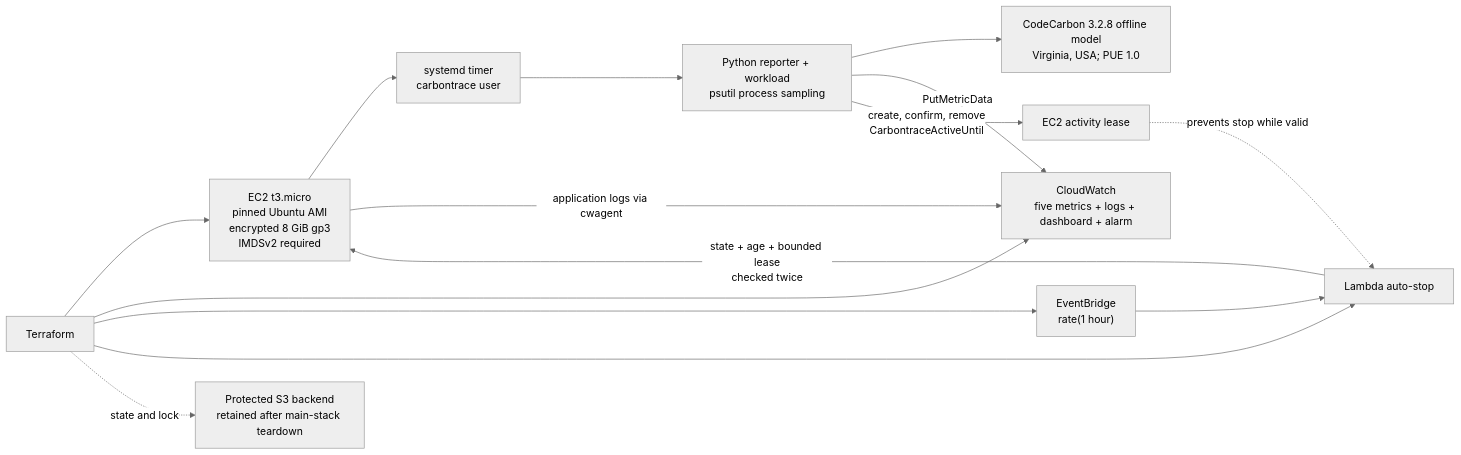
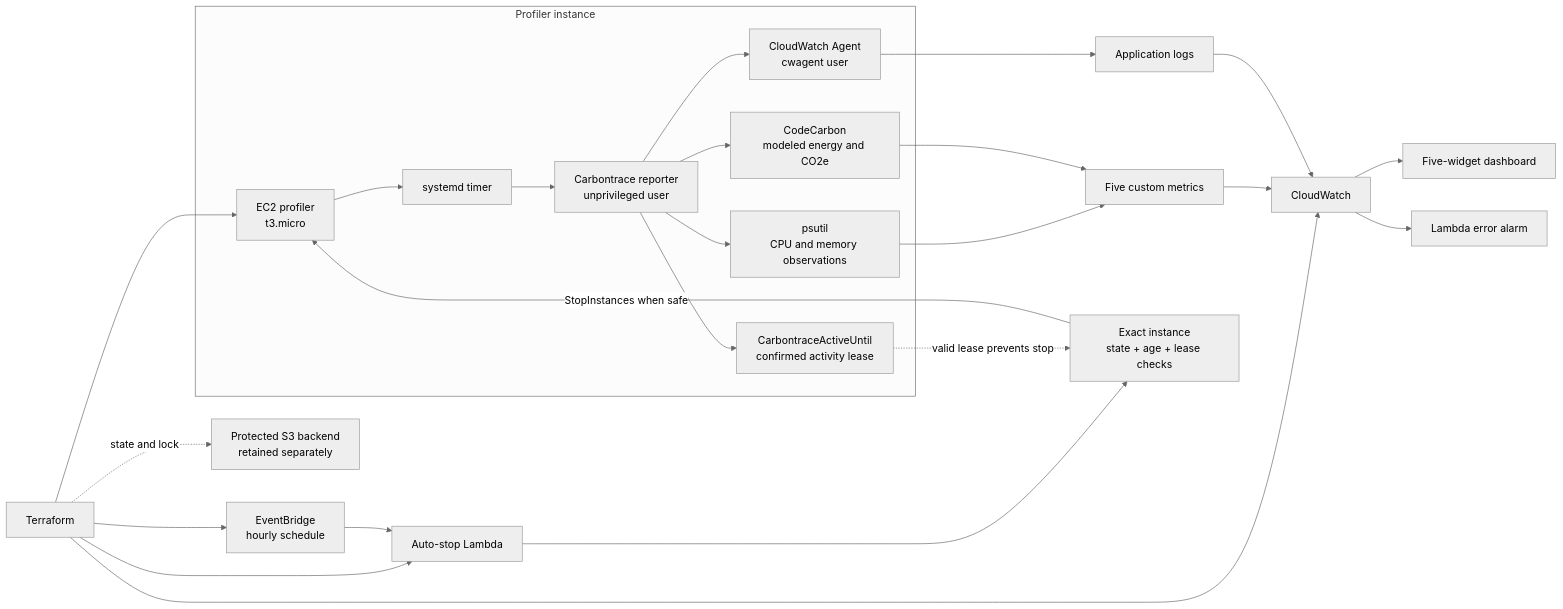
One commit to Mukeshkr-19/Carbontrace changed the diagram in README.md. Above: the diagram before and after it, drawn with Mermaid (neutral theme). The commit also changed other lines of this file and 3 other files, not shown here.

````diff
--- a/README.md
+++ b/README.md
@@ -26,19 +26,30 @@
 ```mermaid
 flowchart LR
-    TF["Terraform"] --> EC2["EC2 t3.micro<br/>pinned Ubuntu AMI<br/>encrypted 8 GiB gp3<br/>IMDSv2 required"]
-    TF --> CW["CloudWatch<br/>five metrics + logs + dashboard + alarm"]
-    TF --> EB["EventBridge<br/>rate(1 hour)"]
-    TF --> L["Lambda auto-stop"]
-    TF -. "state and lock" .-> S3["Protected S3 backend<br/>retained after main-stack teardown"]
+    TF["Terraform"] --> EC2["EC2 profiler<br/>t3.micro"]
+    TF --> CW["CloudWatch"]
+    TF --> EB["EventBridge<br/>hourly schedule"]
+    TF --> LAMBDA["Auto-stop Lambda"]
+    TF -. "state and lock" .-> BACKEND["Protected S3 backend<br/>retained separately"]
 
-    EC2 --> TIMER["systemd timer<br/>carbontrace user"]
-    TIMER --> REPORTER["Python reporter + workload<br/>psutil process sampling"]
-    REPORTER --> CC["CodeCarbon 3.2.8 offline model<br/>Virginia, USA; PUE 1.0"]
-    REPORTER -->|"PutMetricData"| CW
-    EC2 -->|"application logs via cwagent"| CW
+    subgraph PROFILER["Profiler instance"]
+        EC2 --> TIMER["systemd timer"]
+        TIMER --> REPORTER["Carbontrace reporter<br/>unprivileged user"]
+        REPORTER --> PSUTIL["psutil<br/>CPU and memory observations"]
+        REPORTER --> CODECARBON["CodeCarbon<br/>modeled energy and CO2e"]
+        REPORTER --> LEASE["CarbontraceActiveUntil<br/>confirmed activity lease"]
+        REPORTER --> AGENT["CloudWatch Agent<br/>cwagent user"]
+    end
 
-    REPORTER -->|"create, confirm, remove<br/>CarbontraceActiveUntil"| LEASE["EC2 activity lease"]
-    EB --> L
-    L -->|"state + age + bounded lease<br/>checked twice"| EC2
-    LEASE -. "prevents stop while valid" .-> L
+    PSUTIL --> METRICS["Five custom metrics"]
+    CODECARBON --> METRICS
+    METRICS --> CW
+    AGENT --> LOGS["Application logs"]
+    LOGS --> CW
+    CW --> DASHBOARD["Five-widget dashboard"]
+    CW --> ALARM["Lambda error alarm"]
+
+    EB --> LAMBDA
+    LAMBDA --> CHECKS["Exact instance<br/>state + age + lease checks"]
+    CHECKS -->|"StopInstances when safe"| EC2
+    LEASE -. "valid lease prevents stop" .-> CHECKS
 ```
````
